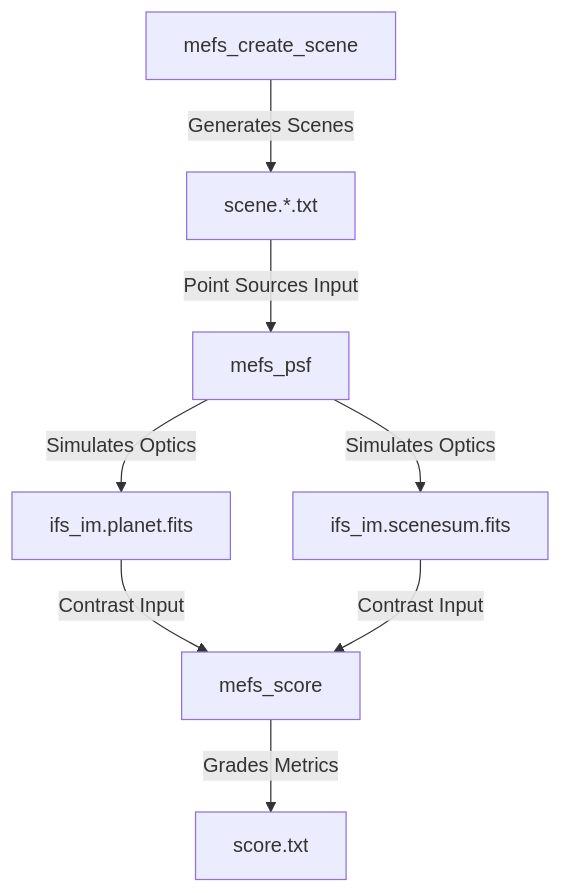
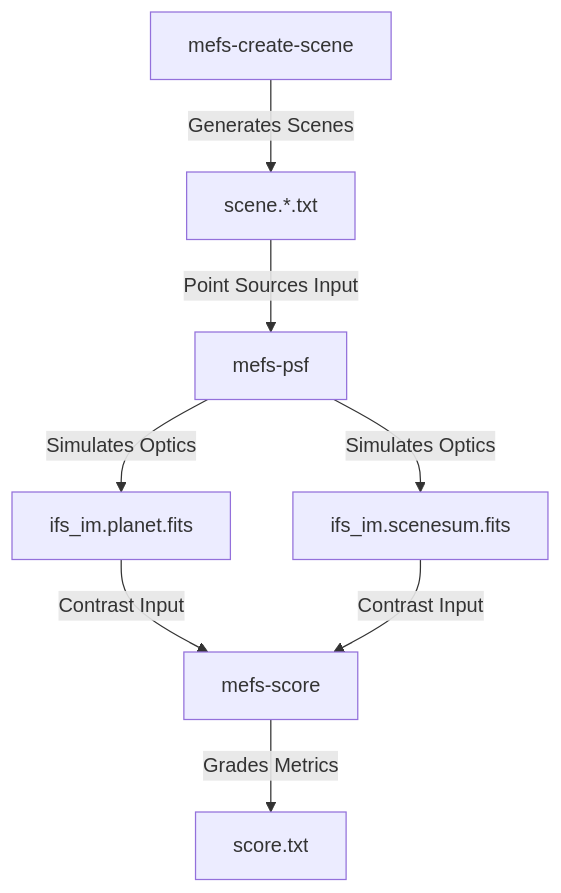
Before and after one commit to oguyon/MEFS: the diagram in docs/index.md, drawn with Mermaid. The commit also changed other lines of this file and 9 other files, not shown here.

````diff
--- a/docs/index.md
+++ b/docs/index.md
@@ -20,10 +20,10 @@
 ```mermaid
 graph TD
-    A["mefs_create_scene"] -->|Generates Scenes| B["scene.*.txt"]
-    B -->|Point Sources Input| C["mefs_psf"]
+    A["mefs-create-scene"] -->|Generates Scenes| B["scene.*.txt"]
+    B -->|Point Sources Input| C["mefs-psf"]
     C -->|Simulates Optics| D["ifs_im.planet.fits"]
     C -->|Simulates Optics| E["ifs_im.scenesum.fits"]
-    D -->|Contrast Input| F["mefs_score"]
+    D -->|Contrast Input| F["mefs-score"]
     E -->|Contrast Input| F
     F -->|Grades Metrics| G["score.txt"]
 ```
````
